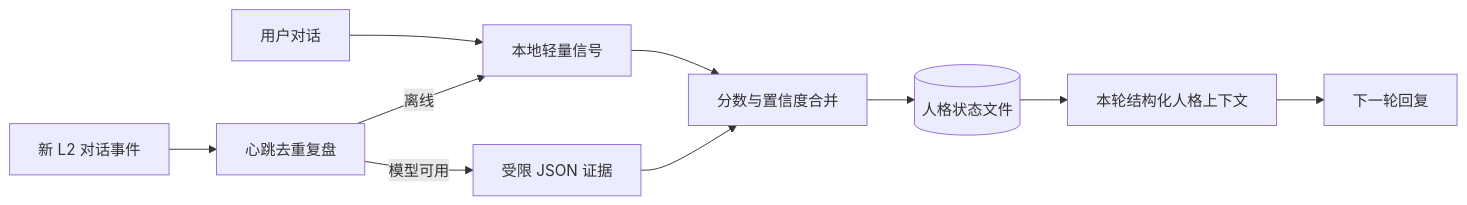
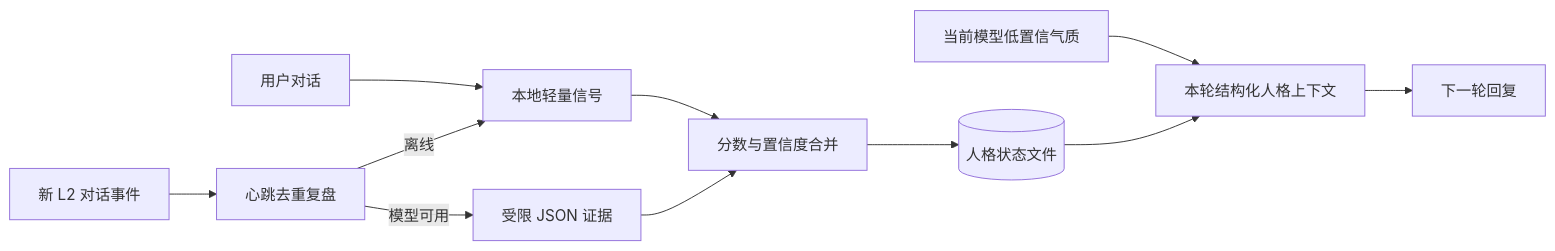
Before and after one commit to MonsterN58/memory-pet-agent: the fifth of 6 diagrams in docs/ARCHITECTURE.md, drawn with Mermaid. The commit also changed other lines of this file and 150 other files, not shown here.

````diff
--- a/docs/ARCHITECTURE.md
+++ b/docs/ARCHITECTURE.md
@@ -257,12 +264,13 @@
 ```mermaid
 flowchart LR
   Dialogue[用户对话] --> Local[本地轻量信号]
   L2[新 L2 对话事件] --> Review[心跳去重复盘]
   Review -->|模型可用| JSON[受限 JSON 证据]
   Review -->|离线| Local
   Local --> Merge[分数与置信度合并]
   JSON --> Merge
   Merge --> Profile[(人格状态文件)]
+  Body[当前模型低置信气质] --> Context
   Profile --> Context[本轮结构化人格上下文]
   Context --> Reply[下一轮回复]
 ```
````
